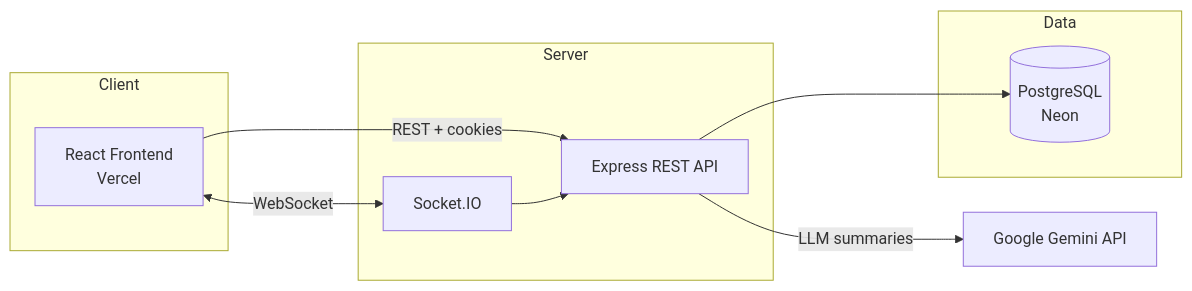
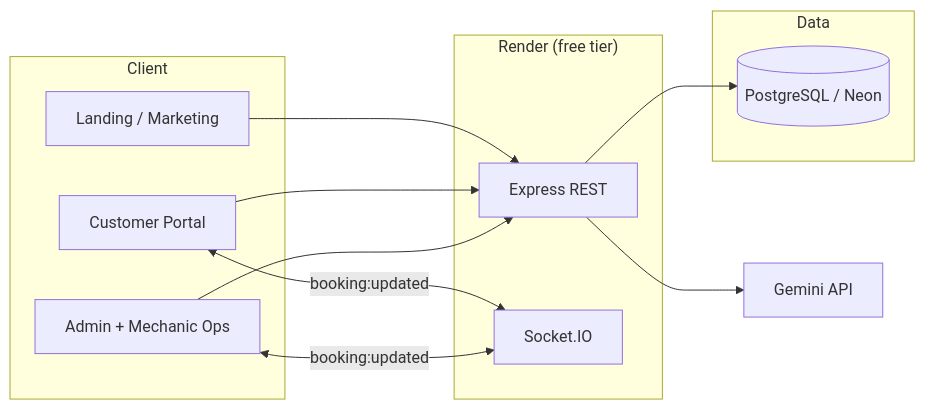
One commit to shamak24/Live-Dashboard-Task changed the diagram in README.md. Above: the diagram before and after it, drawn with Mermaid. The commit also changed other lines of this file, not shown here.

````diff
--- a/README.md
+++ b/README.md
@@ -30,21 +95,25 @@
 ```mermaid
 flowchart LR
   subgraph Client
-    FE[React Frontend<br/>Vercel]
+    LP[Landing / Marketing]
+    CP[Customer Portal]
+    OPS[Admin + Mechanic Ops]
   end
 
-  subgraph Server
-    API[Express REST API]
+  subgraph Server["Render (free tier)"]
+    API[Express REST]
     WS[Socket.IO]
   end
 
   subgraph Data
-    DB[(PostgreSQL<br/>Neon)]
+    DB[(PostgreSQL / Neon)]
   end
 
-  FE -->|REST + cookies| API
-  FE <-->|WebSocket| WS
+  LP --> API
+  CP --> API
+  OPS --> API
+  CP <-->|booking:updated| WS
+  OPS <-->|booking:updated| WS
   API --> DB
-  WS --> API
-  API -->|LLM summaries| Gemini[Google Gemini API]
+  API --> Gemini[Gemini API]
 ```
````
